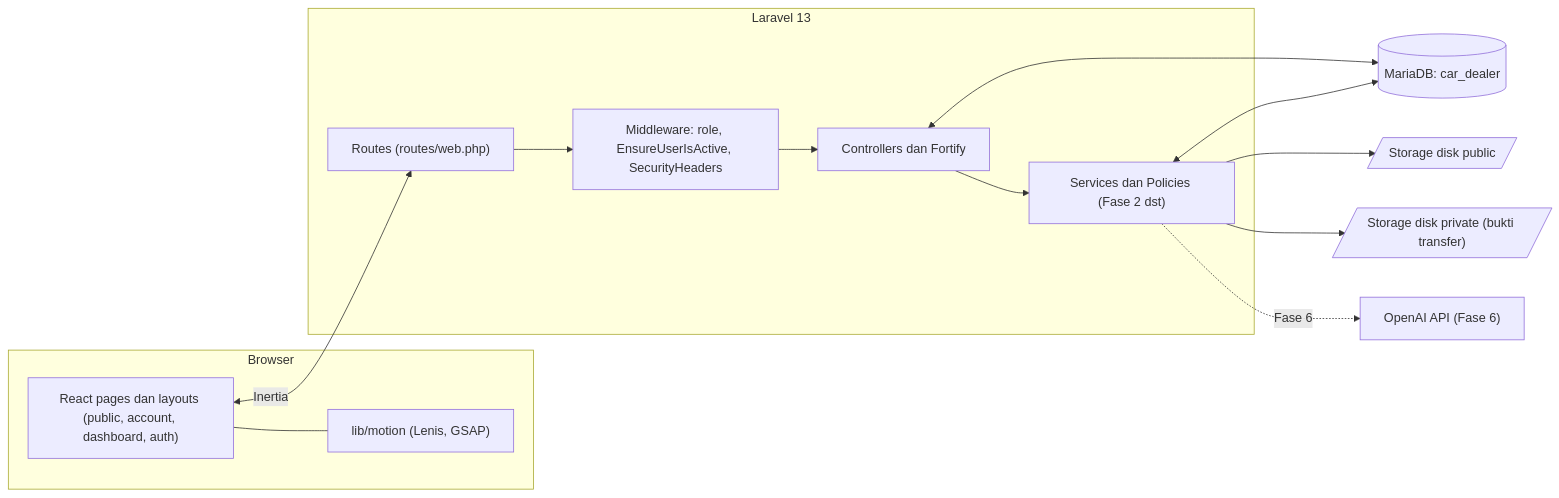
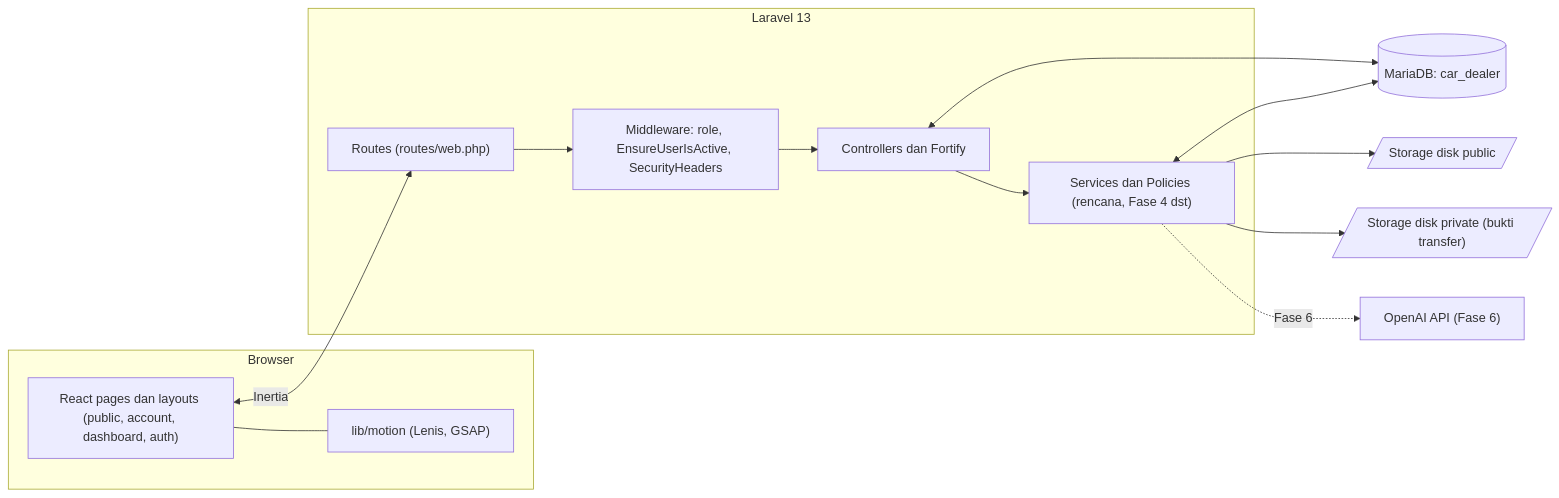
One commit to Azriel-Fajar/Car-Dealer changed the tenth of 10 diagrams in docs/FLOWCHART.md. Above: the diagram before and after it, drawn with Mermaid. The commit also changed other lines of this file and 56 other files, not shown here.

````diff
--- a/docs/FLOWCHART.md
+++ b/docs/FLOWCHART.md
@@ -428,28 +451,28 @@
 ```mermaid
 flowchart LR
     subgraph browser["Browser"]
         pages["React pages dan layouts (public, account, dashboard, auth)"]
         motion["lib/motion (Lenis, GSAP)"]
         pages --- motion
     end
 
     subgraph laravel["Laravel 13"]
         routes["Routes (routes/web.php)"]
         mw["Middleware: role, EnsureUserIsActive, SecurityHeaders"]
         controllers["Controllers dan Fortify"]
-        services["Services dan Policies (Fase 2 dst)"]
+        services["Services dan Policies (rencana, Fase 4 dst)"]
         routes --> mw --> controllers --> services
     end
 
     db[("MariaDB: car_dealer")]
     storage_public[/"Storage disk public"/]
     storage_private[/"Storage disk private (bukti transfer)"/]
     openai["OpenAI API (Fase 6)"]
 
     pages <-->|Inertia| routes
     controllers <--> db
     services <--> db
     services --> storage_public
     services --> storage_private
     services -.->|Fase 6| openai
 ```
````
